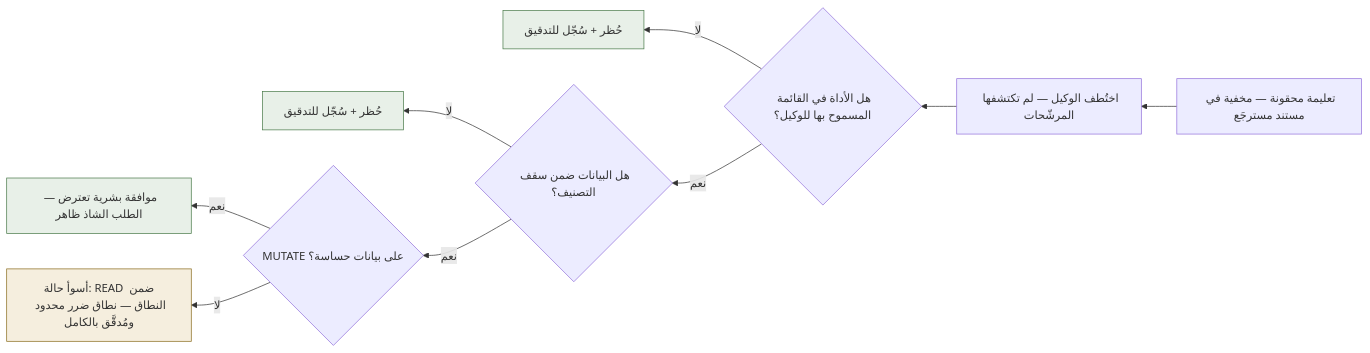
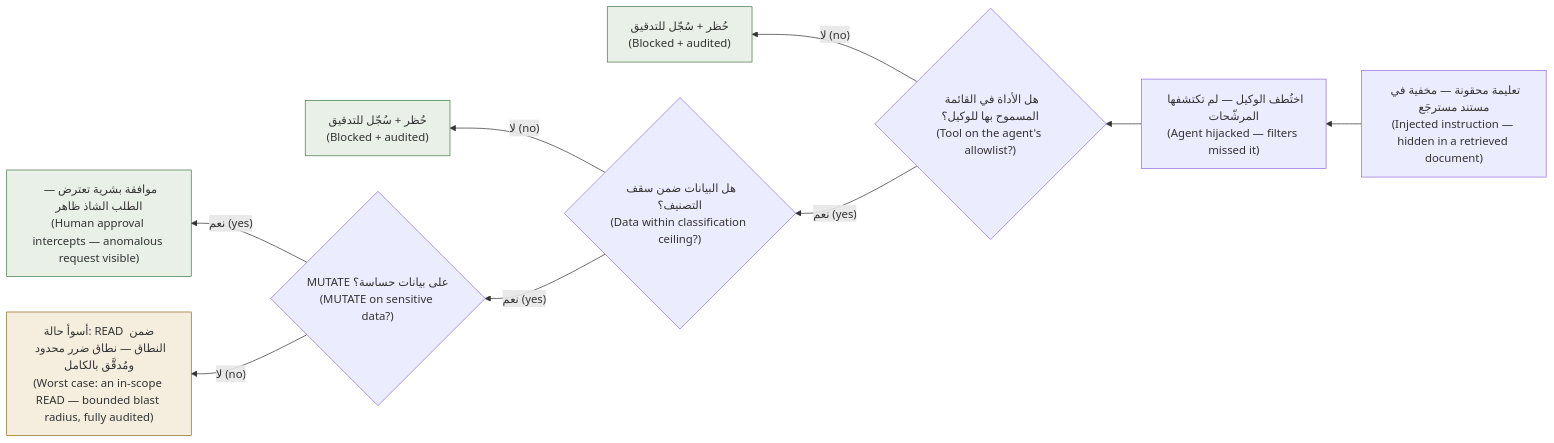
One commit to Tamoura/AI-agents changed the ninth of 10 diagrams in qdb-agent-framework/docs/LEARNING-PATH.ar.md. Above: the diagram before and after it, drawn with Mermaid. The commit also changed other lines of this file and 3 other files, not shown here.

First line of the commit message:
Arabic docs: English on every diagram label; rebuild Arabic HTML

````diff
--- a/qdb-agent-framework/docs/LEARNING-PATH.ar.md
+++ b/qdb-agent-framework/docs/LEARNING-PATH.ar.md
@@ -614,15 +614,15 @@
 ```mermaid
 flowchart RL
-    I["تعليمة محقونة — مخفية في مستند مسترجَع"] --> H["اختُطف الوكيل — لم تكتشفها المرشّحات"]
-    H --> C1{"هل الأداة في القائمة المسموح بها للوكيل؟"}
-    C1 -- لا --> B1["حُظر + سُجّل للتدقيق"]
-    C1 -- نعم --> C2{"هل البيانات ضمن سقف التصنيف؟"}
-    C2 -- لا --> B2["حُظر + سُجّل للتدقيق"]
-    C2 -- نعم --> C3{"MUTATE على بيانات حساسة؟"}
-    C3 -- نعم --> B3["موافقة بشرية تعترض — الطلب الشاذ ظاهر"]
-    C3 -- لا --> BR["أسوأ حالة: READ ضمن النطاق — نطاق ضرر محدود ومُدقَّق بالكامل"]
+    I["تعليمة محقونة — مخفية في مستند مسترجَع<br/>(Injected instruction — hidden in a retrieved document)"] --> H["اختُطف الوكيل — لم تكتشفها المرشّحات<br/>(Agent hijacked — filters missed it)"]
+    H --> C1{"هل الأداة في القائمة المسموح بها للوكيل؟<br/>(Tool on the agent's allowlist?)"}
+    C1 -- "لا (no)" --> B1["حُظر + سُجّل للتدقيق<br/>(Blocked + audited)"]
+    C1 -- "نعم (yes)" --> C2{"هل البيانات ضمن سقف التصنيف؟<br/>(Data within classification ceiling?)"}
+    C2 -- "لا (no)" --> B2["حُظر + سُجّل للتدقيق<br/>(Blocked + audited)"]
+    C2 -- "نعم (yes)" --> C3{"MUTATE على بيانات حساسة؟<br/>(MUTATE on sensitive data?)"}
+    C3 -- "نعم (yes)" --> B3["موافقة بشرية تعترض — الطلب الشاذ ظاهر<br/>(Human approval intercepts — anomalous request visible)"]
+    C3 -- "لا (no)" --> BR["أسوأ حالة: READ ضمن النطاق — نطاق ضرر محدود ومُدقَّق بالكامل<br/>(Worst case: an in-scope READ — bounded blast radius, fully audited)"]
     style B1 fill:#e8f0e8,stroke:#4a7a4a
     style B2 fill:#e8f0e8,stroke:#4a7a4a
     style B3 fill:#e8f0e8,stroke:#4a7a4a
     style BR fill:#f5eede,stroke:#8a6d1f
 ```
````
